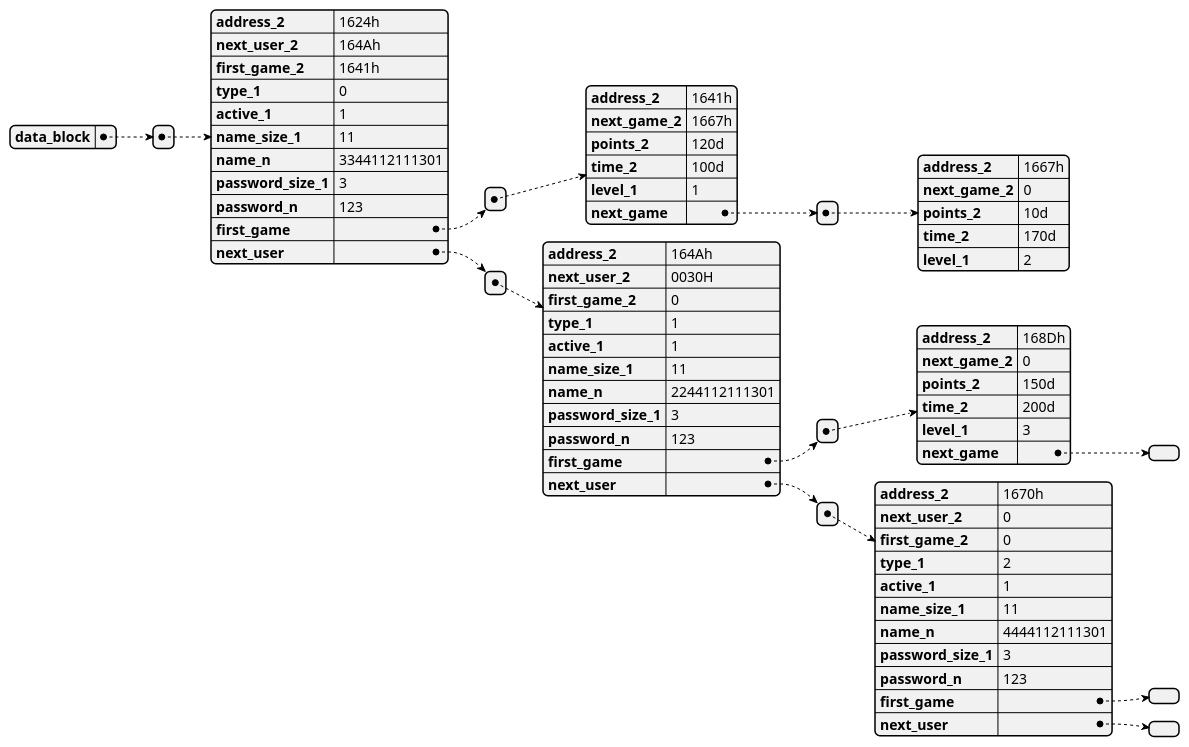
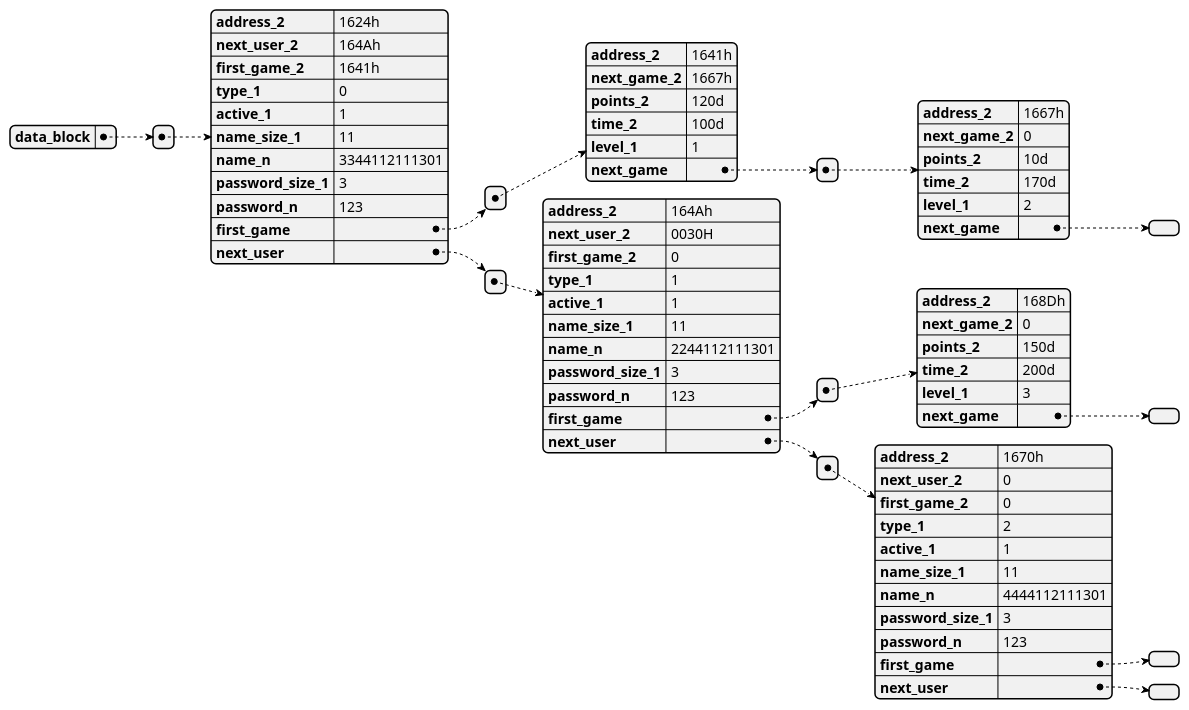
Before and after one commit to damianpeaf/ACE1_Proyecto2: the third of 3 diagrams in docs/tech/Readme.md, drawn with PlantUML. The commit also changed other lines of this file and 14 other files, not shown here.

````diff
--- a/docs/tech/Readme.md
+++ b/docs/tech/Readme.md
@@ -154,76 +154,77 @@
 ```plantuml
 @startjson
 {
     "data_block": [
         {
             "address_2": "1624h",
             "next_user_2": "164Ah",
             "first_game_2": "1641h",
             "type_1": 0,
             "active_1": 1,
             "name_size_1": 11,
             "name_n": "3344112111301",
             "password_size_1": 3,
             "password_n": "123",
             "first_game": [
                 {
                     "address_2": "1641h",
                     "next_game_2": "1667h",
                     "points_2": "120d",
                     "time_2": "100d",
                     "level_1": 1,
                     "next_game": [
                         {
                             "address_2": "1667h",
                             "next_game_2": 0,
                             "points_2": "10d",
                             "time_2": "170d",
-                            "level_1": 2
+                            "level_1": 2,
+                            "next_game": []
                         }
                     ]
                 }
             ],
             "next_user": [
                 {
                     "address_2": "164Ah",
                     "next_user_2": "0030H",
                     "first_game_2": 0,
                     "type_1": 1,
                     "active_1": 1,
                     "name_size_1": 11,
                     "name_n": "2244112111301",
                     "password_size_1": 3,
                     "password_n": "123",
                     "first_game": [
                         {
                             "address_2": "168Dh",
                             "next_game_2": "0",
                             "points_2": "150d",
                             "time_2": "200d",
                             "level_1": 3,
                             "next_game": []
                         }
                     ],
                     "next_user": [
                         {
                             "address_2": "1670h",
                             "next_user_2": 0,
                             "first_game_2": 0,
                             "type_1": 2,
                             "active_1": 1,
                             "name_size_1": 11,
                             "name_n": "4444112111301",
                             "password_size_1": 3,
                             "password_n": "123",
                             "first_game": [],
                             "next_user": []
                         }
                     ]
                 }
             ]
         }
     ]
 }
 
 @endjson
 ```
````
